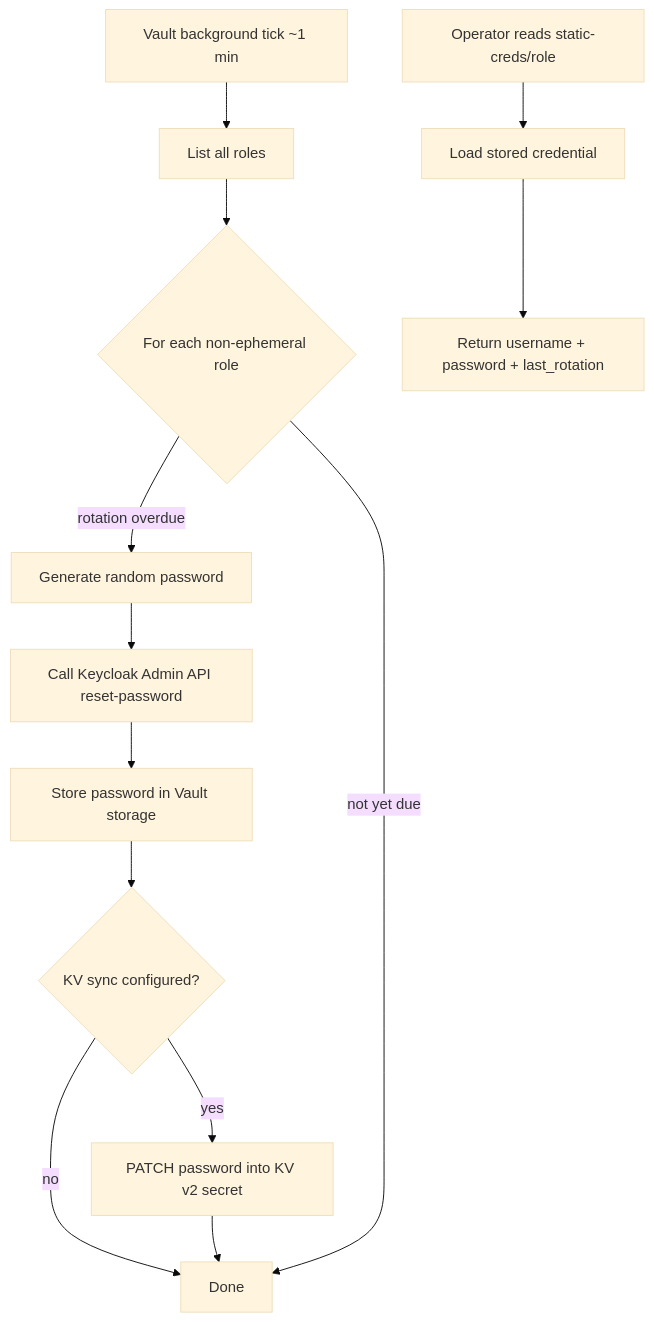
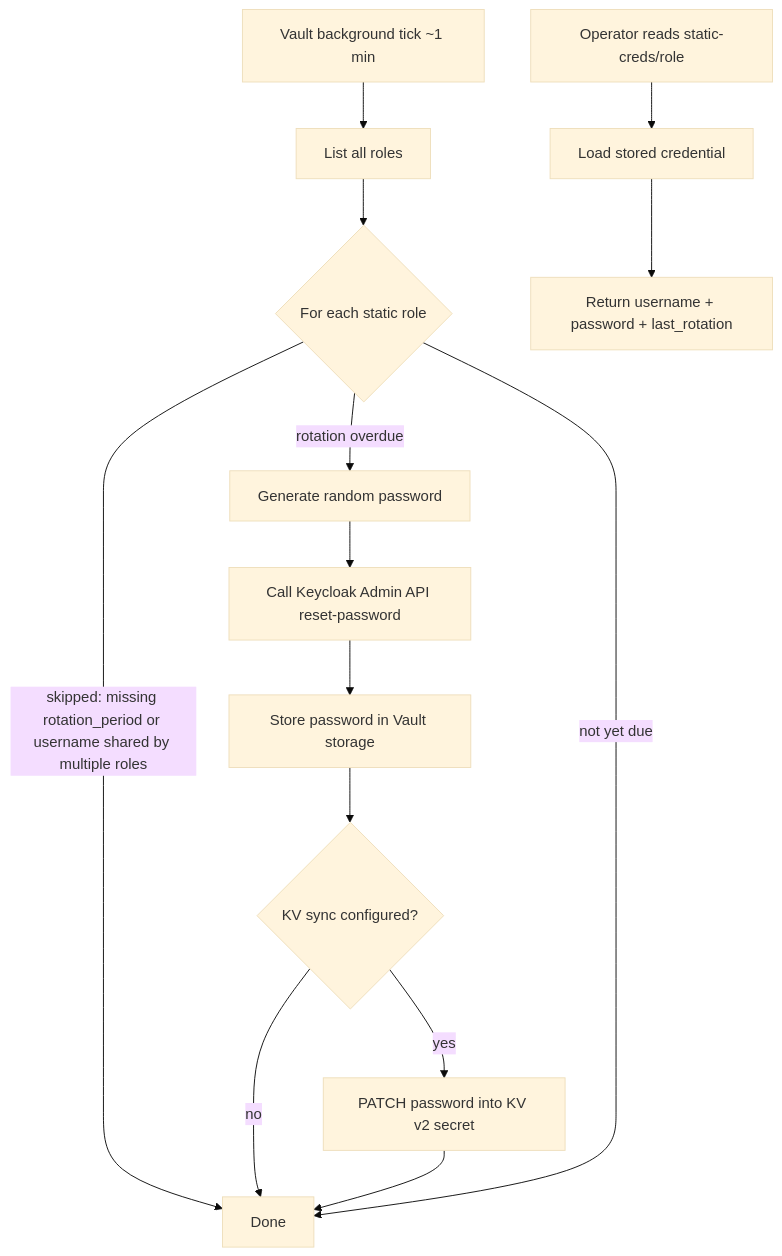
One commit to RoFz/vault-plugin-secrets-keycloak changed the first of 4 diagrams in README.md. Above: the diagram before and after it, drawn with Mermaid (base theme). The commit also changed other lines of this file and 1 other file, not shown here.

First line of the commit message:
docs(autorotation): bring diagrams and expected logs in line with the new semantics

````diff
--- a/README.md
+++ b/README.md
@@ -89,16 +89,17 @@
 ```mermaid
 flowchart TD
   A[Vault background tick ~1 min] --> B[List all roles]
-  B --> C{For each non-ephemeral role}
+  B --> C{For each static role}
+  C -->|skipped: missing rotation_period or username shared by multiple roles| I
   C -->|rotation overdue| D[Generate random password]
   D --> E[Call Keycloak Admin API reset-password]
   E --> F[Store password in Vault storage]
   F --> G{KV sync configured?}
   G -->|yes| H[PATCH password into KV v2 secret]
   G -->|no| I[Done]
   H --> I
   C -->|not yet due| I
 
   J[Operator reads static-creds/role] --> K[Load stored credential]
   K --> L[Return username + password + last_rotation]
 ```
````
